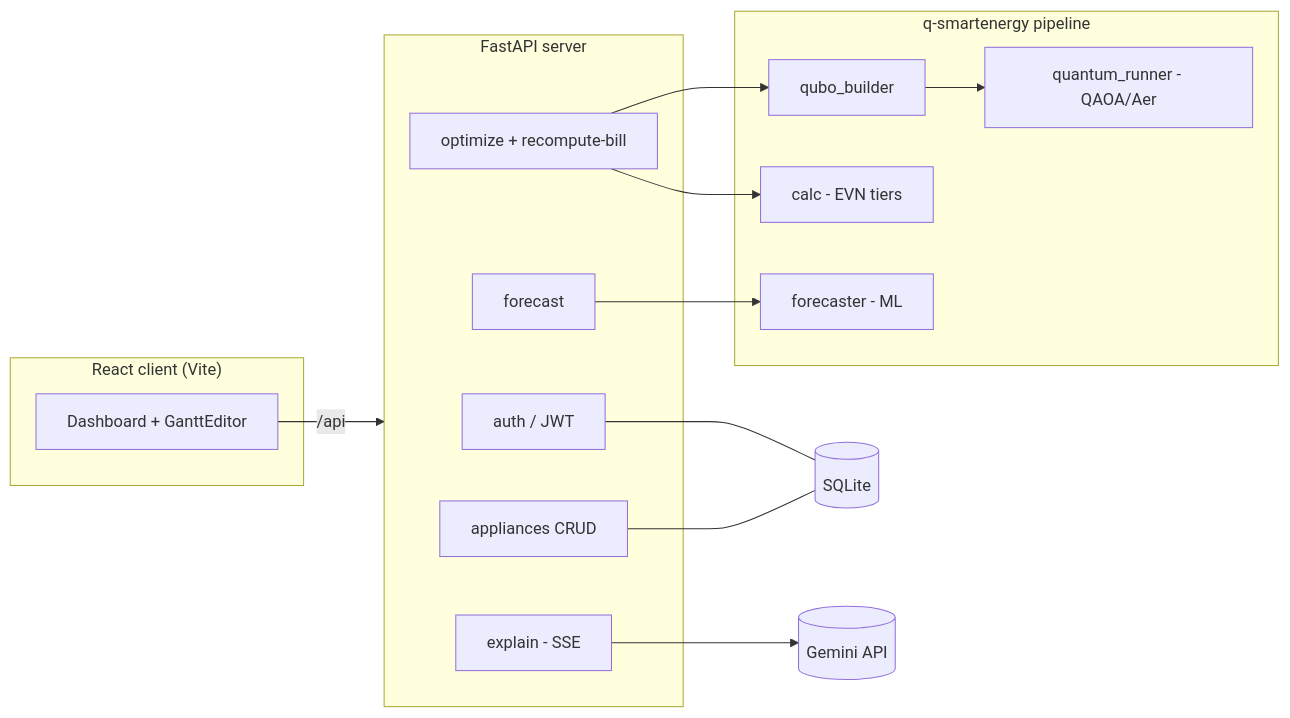
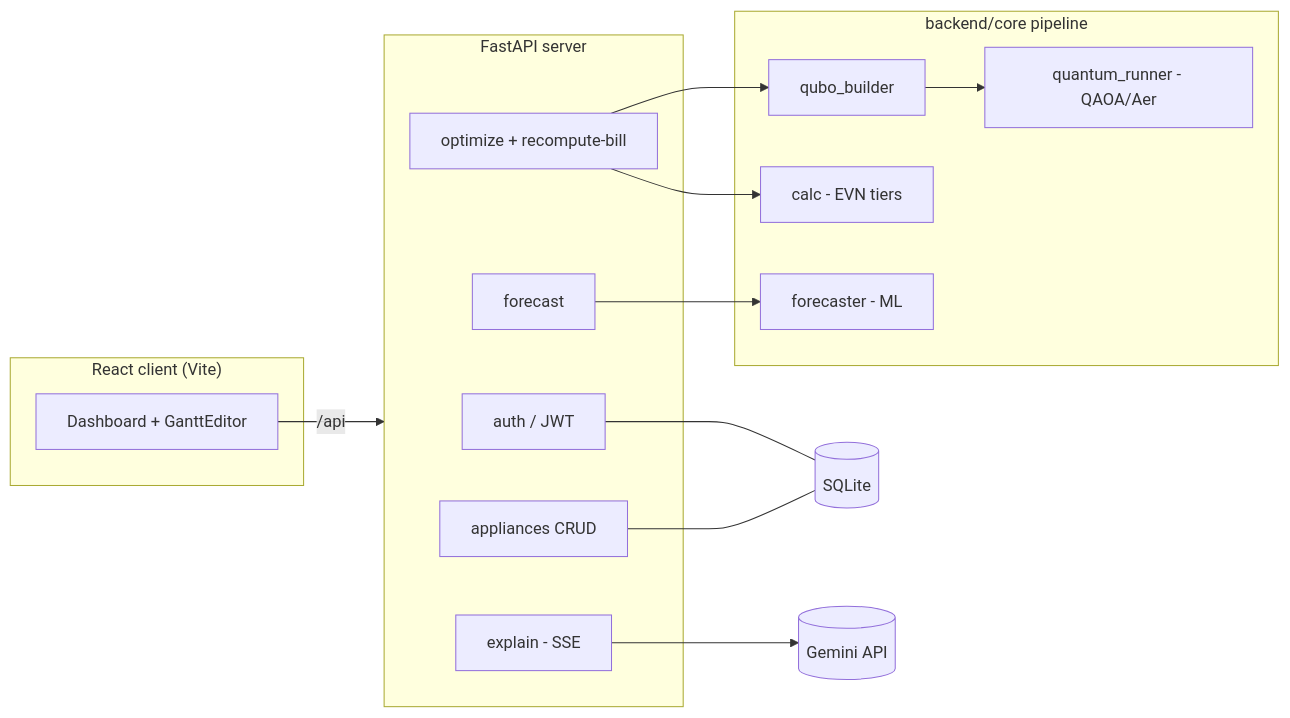
The diagram in README.md (nguyentandung2886/-Q-SmartEnergy-Smart-Home-Appliance-Scheduling-Optimization-using-Quantum-QAOA), drawn with Mermaid before and after one commit. The commit also changed other lines of this file and 93 other files, not shown here.

````diff
--- a/README.md
+++ b/README.md
@@ -12,29 +12,29 @@
 ```mermaid
 flowchart LR
     subgraph Client["React client (Vite)"]
         UI[Dashboard + GanttEditor]
     end
     subgraph Server["FastAPI server"]
         AUTH[auth / JWT]
         APP[appliances CRUD]
         OPT[optimize + recompute-bill]
         FC[forecast]
         EXP[explain - SSE]
     end
-    subgraph Pipeline["q-smartenergy pipeline"]
+    subgraph Pipeline["backend/core pipeline"]
         QUBO[qubo_builder]
         QRUN[quantum_runner - QAOA/Aer]
         CALC[calc - EVN tiers]
         FCAST[forecaster - ML]
     end
     DB[(SQLite)]
     GEM[(Gemini API)]
 
     UI -->|/api| Server
     AUTH --- DB
     APP --- DB
     OPT --> QUBO --> QRUN
     OPT --> CALC
     FC --> FCAST
     EXP --> GEM
 ```
````
